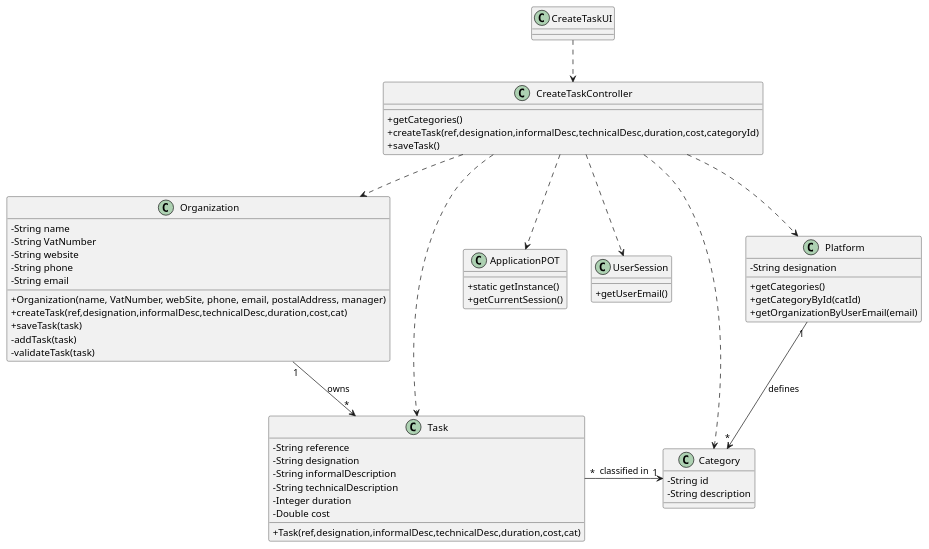
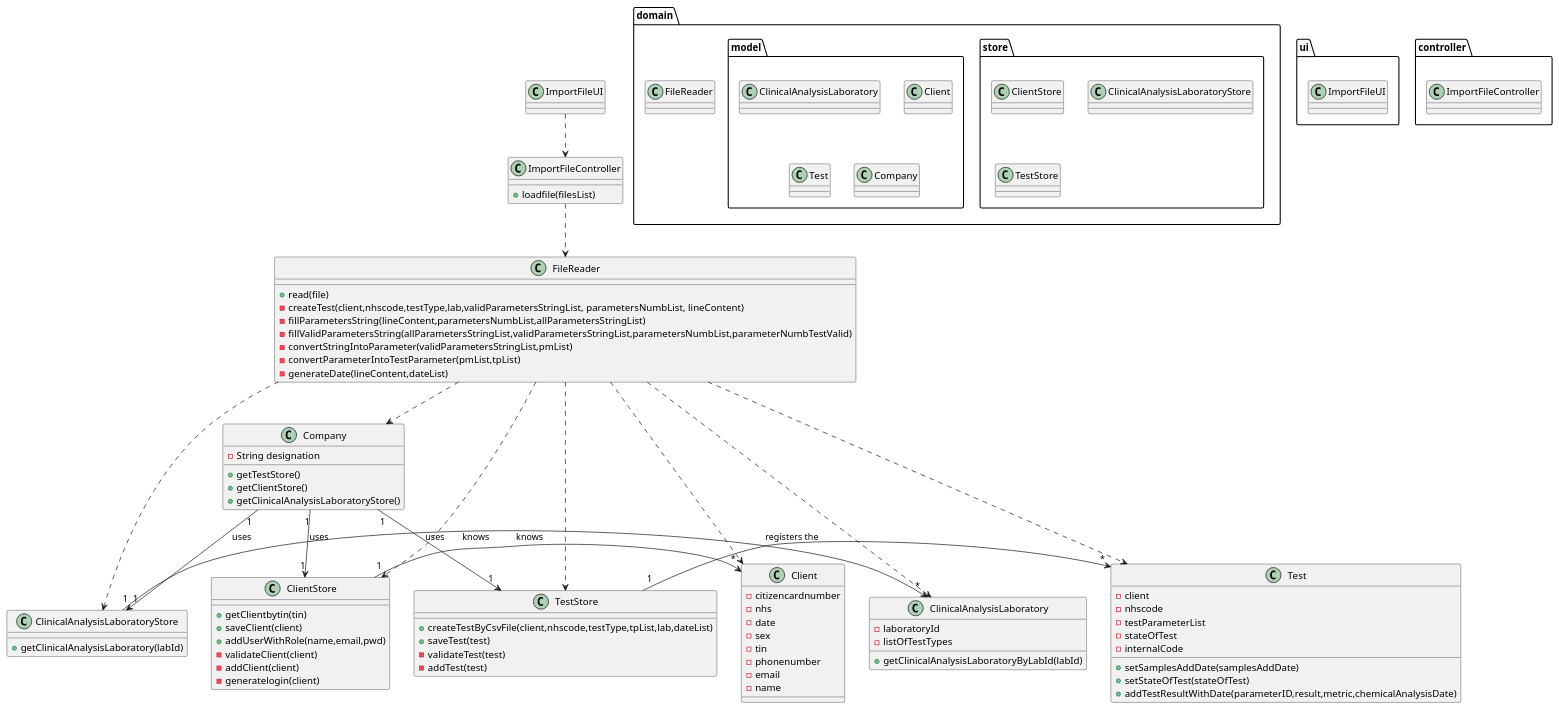
Before and after one commit to manu-07-ela/LAPR2_ISEP: the diagram in docs/SprintD/US17/US17_CD.puml, drawn with PlantUML. The commit also changed 80 other files, not shown here.

```diff
--- a/docs/SprintD/US17/US17_CD.puml
+++ b/docs/SprintD/US17/US17_CD.puml
@@ -1,72 +1,116 @@
 @startuml
-skinparam classAttributeIconSize 0
 
-class ApplicationPOT
-{
-  +static getInstance()
-  +getCurrentSession()
+package ui{
+class ImportFileUI
 }
 
-class UserSession
-{
-  +getUserEmail()
+package controller{
+class ImportFileController
 }
 
-class Task {
-  -String reference
-  -String designation
-  -String informalDescription
-  -String technicalDescription
-  -Integer duration
-  -Double cost
-  +Task(ref,designation,informalDesc,technicalDesc,duration,cost,cat)
+package domain{
+class FileReader
+package store{
+class ClientStore
+class ClinicalAnalysisLaboratoryStore
+class TestStore
+}
+package model{
+class ClinicalAnalysisLaboratory
+class Client
+class Test
+class Company
+}
 }
 
-class Category {
-  -String id
-  -String description
+class TestStore{
++createTestByCsvFile(client,nhscode,testType,tpList,lab,dateList)
++saveTest(test)
+-validateTest(test)
+-addTest(test)
 }
 
-class Organization {
-  -String name
-  -String VatNumber
-  -String website
-  -String phone
-  -String email
-  +Organization(name, VatNumber, webSite, phone, email, postalAddress, manager)
-  +createTask(ref,designation,informalDesc,technicalDesc,duration,cost,cat)
-  +saveTask(task)
-  -addTask(task)
-  -validateTask(task)
+class Test{
+-client
+-nhscode
+-testParameterList
+-stateOfTest
+-internalCode
++setSamplesAddDate(samplesAddDate)
++setStateOfTest(stateOfTest)
++addTestResultWithDate(parameterID,result,metric,chemicalAnalysisDate)
 }
 
-class Platform {
-  -String designation
-  +getCategories()
-  +getCategoryById(catId)
-  +getOrganizationByUserEmail(email)
+class ClinicalAnalysisLaboratoryStore{
++getClinicalAnalysisLaboratory(labId)
 }
 
-class CreateTaskController {
-  +getCategories()
-  +createTask(ref,designation,informalDesc,technicalDesc,duration,cost,categoryId)
-  +saveTask()
+class ClinicalAnalysisLaboratory{
+-laboratoryId
+-listOfTestTypes
++getClinicalAnalysisLaboratoryByLabId(labId)
 }
 
-class CreateTaskUI {
+class ClientStore{
++getClientbytin(tin)
++saveClient(client)
++addUserWithRole(name,email,pwd)
+-validateClient(client)
+-addClient(client)
+-generatelogin(client)
 
 }
 
-CreateTaskUI ..> CreateTaskController
-CreateTaskController ..> Platform
-CreateTaskController ..> Category
-CreateTaskController ..> Task
-CreateTaskController ..> Organization
-CreateTaskController ..> ApplicationPOT
-CreateTaskController ..> UserSession
-Task "*" -> "1" Category : classified in
-Platform "1" --> "*" Category : defines
-Organization "1" --> "*" Task : owns
+class Client{
+-citizencardnumber
+  -nhs
+  -date
+  -sex
+  -tin
+  -phonenumber
+  -email
+  -name
+}
 
+class Company{
+-String designation
++getTestStore()
++getClientStore()
++getClinicalAnalysisLaboratoryStore()
+}
+
+class FileReader {
++read(file)
+-createTest(client,nhscode,testType,lab,validParametersStringList, parametersNumbList, lineContent)
+-fillParametersString(lineContent,parametersNumbList,allParametersStringList)
+-fillValidParametersString(allParametersStringList,validParametersStringList,parametersNumbList,parameterNumbTestValid)
+-convertStringIntoParameter(validParametersStringList,pmList)
+-convertParameterIntoTestParameter(pmList,tpList)
+-generateDate(lineContent,dateList)
+}
+
+class ImportFileController {
++loadfile(filesList)
+}
+
+class ImportFileUI {
+
+}
+
+ImportFileUI ..> ImportFileController
+ImportFileController ..> FileReader
+FileReader ..> Client
+FileReader ..> Test
+FileReader ..> ClinicalAnalysisLaboratory
+FileReader ..> Company
+FileReader ...> ClientStore
+FileReader ...> TestStore
+FileReader ...> ClinicalAnalysisLaboratoryStore
+Company "1" --> "1" ClientStore : uses
+Company "1" --> "1" ClinicalAnalysisLaboratoryStore : uses
+Company "1" --> "1" TestStore : uses
+ClientStore "1" -> "*" Client : knows
+ClinicalAnalysisLaboratoryStore "1" -> "*" ClinicalAnalysisLaboratory : knows
+TestStore "1" -> "*" Test : registers the
 
 @enduml
```
